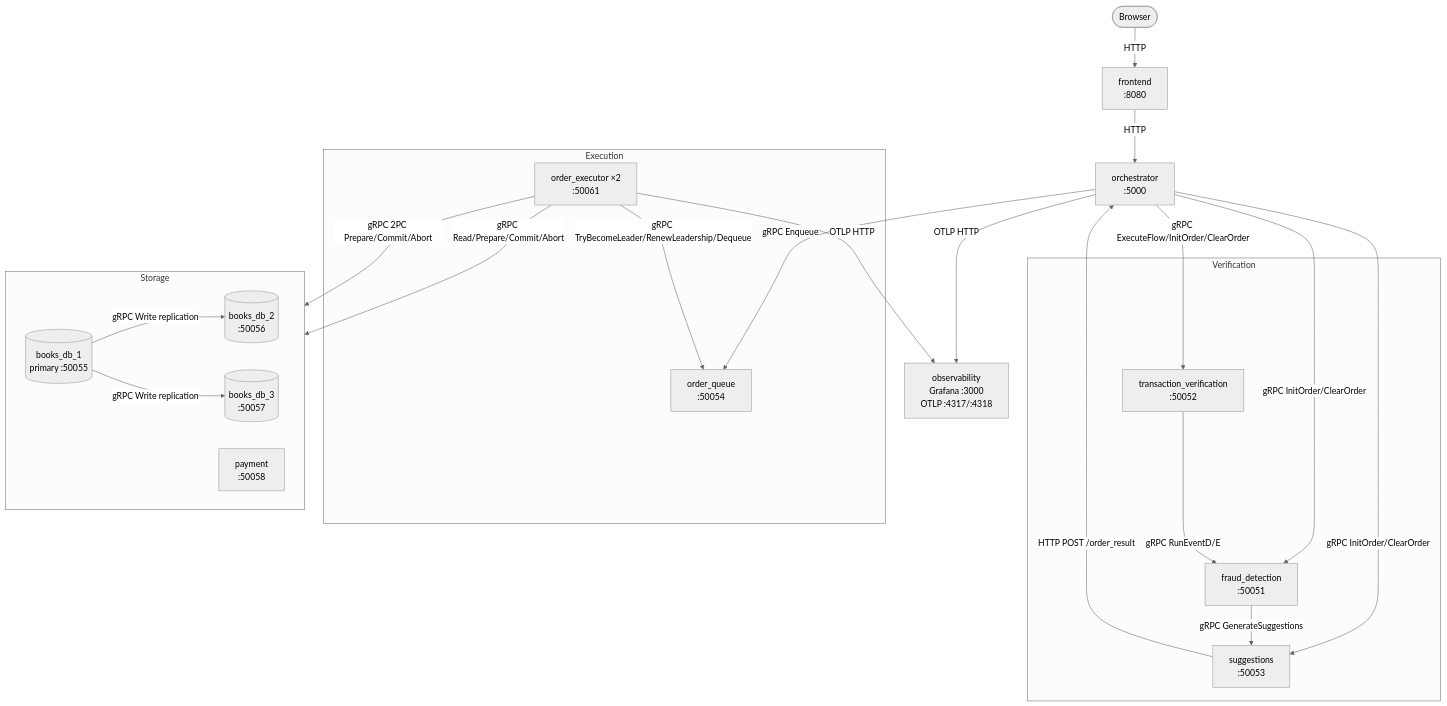
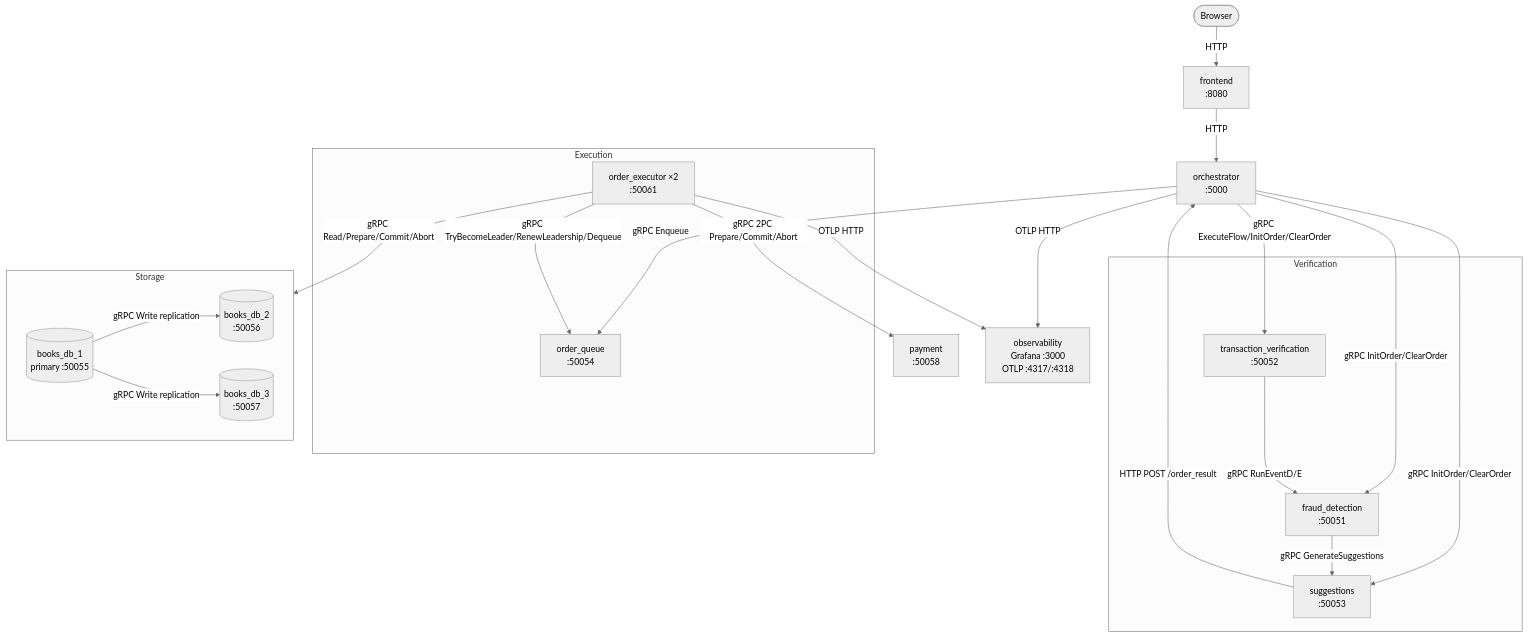
The diagram in docs/CHECKPOINT_4.md (M1ngiii/ds-practice-2025), drawn with Mermaid (neutral theme) before and after one commit. The commit also changed other lines of this file, not shown here.

Commit message:
Diagram fix 5

````diff
--- a/docs/CHECKPOINT_4.md
+++ b/docs/CHECKPOINT_4.md
@@ -26,42 +26,42 @@
 ```mermaid
 flowchart TB
     Browser(["Browser"])
     FE["frontend\n:8080"]
     Orch["orchestrator\n:5000"]
 
     subgraph verif["Verification"]
         TV["transaction_verification\n:50052"]
         FD["fraud_detection\n:50051"]
         SG["suggestions\n:50053"]
     end
 
     subgraph exec["Execution"]
         OQ["order_queue\n:50054"]
         E["order_executor ×2\n:50061"]
     end
 
     subgraph storage["Storage"]
         direction LR
         DB1[("books_db_1\nprimary :50055")]
         DB2[("books_db_2\n:50056")]
         DB3[("books_db_3\n:50057")]
-        Pay["payment\n:50058"]
     end
+
+    Pay["payment\n:50058"]
 
     Obs["observability\nGrafana :3000\nOTLP :4317/:4318"]
 
     Browser -->|HTTP| FE
     FE -->|HTTP| Orch
-    Orch -->|gRPC InitOrder/ClearOrder| FD
-    Orch -->|gRPC InitOrder/ClearOrder| SG
+    Orch -->|gRPC InitOrder/ClearOrder| FD & SG
     Orch -->|gRPC ExecuteFlow/InitOrder/ClearOrder| TV
     TV -->|gRPC RunEventD/E| FD
     FD -->|gRPC GenerateSuggestions| SG
     SG -->|HTTP POST /order_result| Orch
     Orch -->|gRPC Enqueue| OQ
     E -->|gRPC TryBecomeLeader/RenewLeadership/Dequeue| OQ
     E -->|gRPC Read/Prepare/Commit/Abort| DB1
     E -->|gRPC 2PC Prepare/Commit/Abort| Pay
     DB1 -->|gRPC Write replication| DB2 & DB3
     Orch & E -->|OTLP HTTP| Obs
 ```
````
